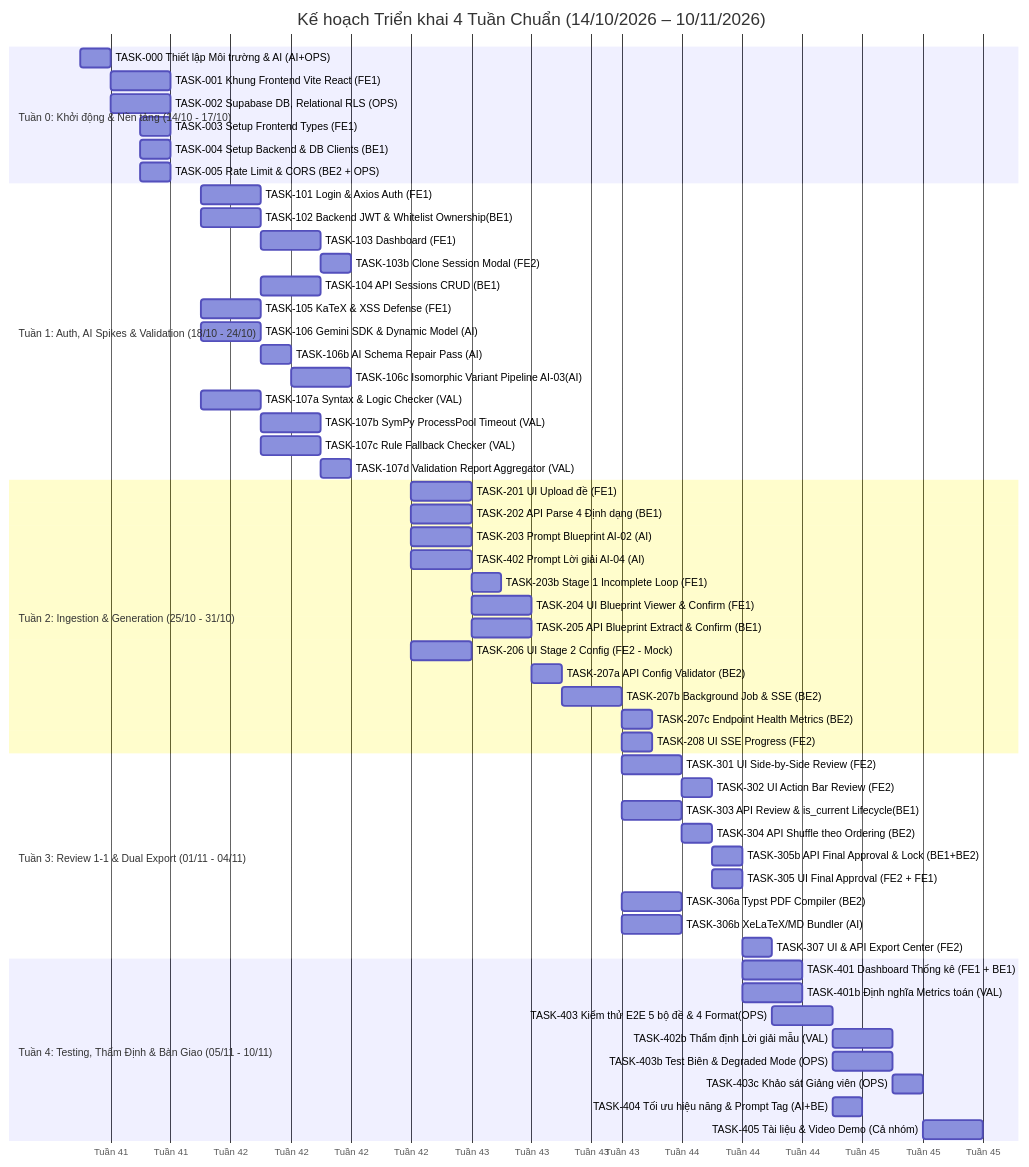
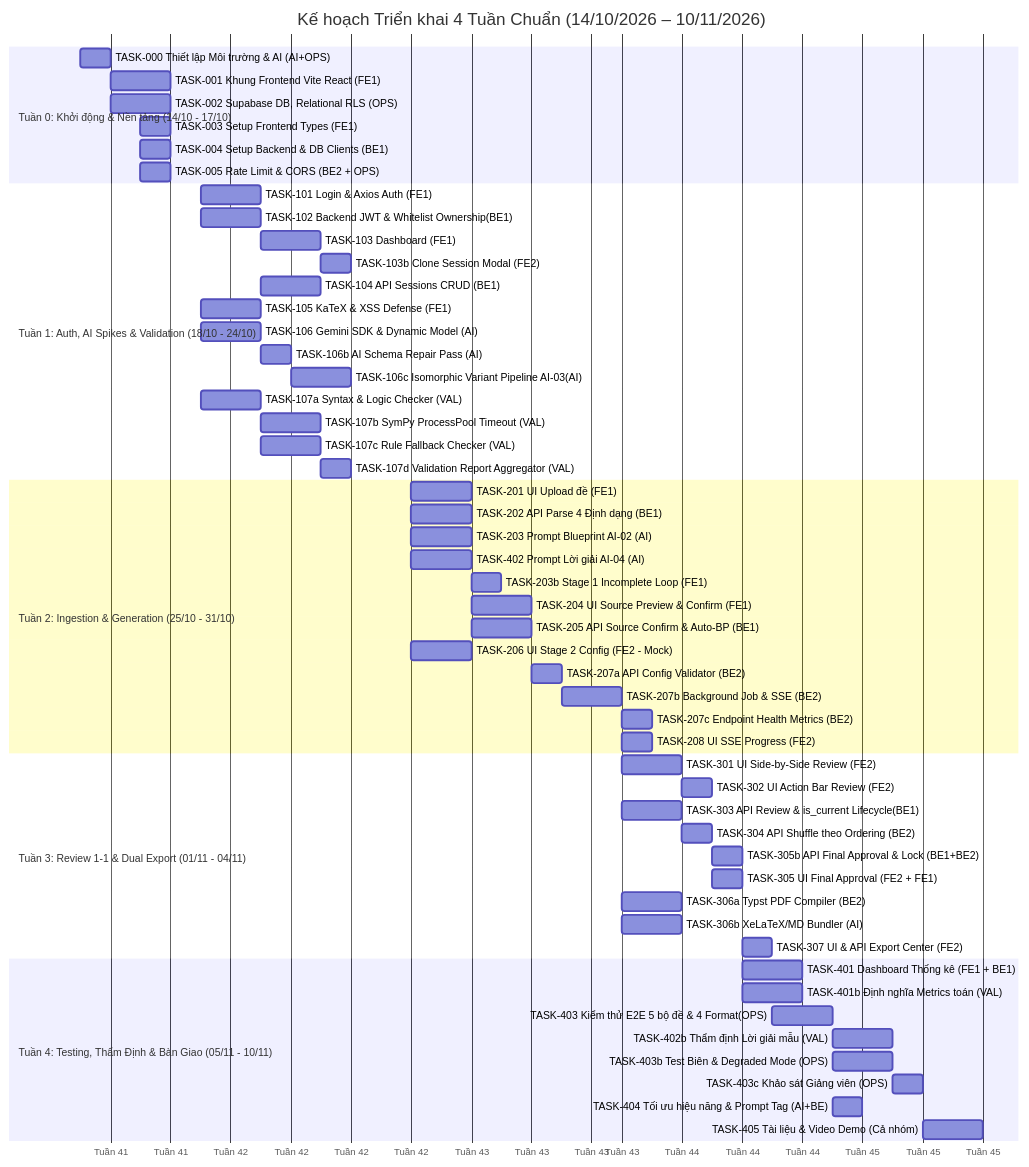
The diagram in docs/planning.md (Computational-Thinking-Project/isomorphic-exam-synthesizer), drawn with Mermaid before and after one commit. The commit also changed other lines of this file and 4 other files, not shown here.

Commit message:
docs: streamline stage 1 with black-box auto-blueprint and source preview

````diff
--- a/docs/planning.md
+++ b/docs/planning.md
@@ -1372,64 +1368,64 @@
 ```mermaid
 gantt
     title Kế hoạch Triển khai 4 Tuần Chuẩn (14/10/2026 – 10/11/2026)
     dateFormat  YYYY-MM-DD
     axisFormat  Tuần %W
 
     section Tuần 0: Khởi động & Nền tảng (14/10 - 17/10)
     TASK-000 Thiết lập Môi trường & AI (AI+OPS)  :t000, 2026-10-14, 1d
     TASK-001 Khung Frontend Vite React (FE1)     :t001, 2026-10-15, 2d
     TASK-002 Supabase DB, Relational RLS (OPS)   :t002, 2026-10-15, 2d
     TASK-003 Setup Frontend Types (FE1)          :t003, 2026-10-16, 1d
     TASK-004 Setup Backend & DB Clients (BE1)    :t004, 2026-10-16, 1d
     TASK-005 Rate Limit & CORS (BE2 + OPS)       :t005, 2026-10-16, 1d
 
     section Tuần 1: Auth, AI Spikes & Validation (18/10 - 24/10)
     TASK-101 Login & Axios Auth (FE1)            :t101, 2026-10-18, 2d
     TASK-102 Backend JWT & Whitelist Ownership(BE1):t102, 2026-10-18, 2d
     TASK-103 Dashboard (FE1)                     :t103, after t101, 2d
     TASK-103b Clone Session Modal (FE2)          :t103b, after t103, 1d
     TASK-104 API Sessions CRUD (BE1)             :t104, after t102, 2d
     TASK-105 KaTeX & XSS Defense (FE1)           :t105, 2026-10-18, 2d
     TASK-106 Gemini SDK & Dynamic Model (AI)     :t106, 2026-10-18, 2d
     TASK-106b AI Schema Repair Pass (AI)         :t106b, after t106, 1d
     TASK-106c Isomorphic Variant Pipeline AI-03(AI):t106c, after t106b, 2d
     TASK-107a Syntax & Logic Checker (VAL)       :t107a, 2026-10-18, 2d
     TASK-107b SymPy ProcessPool Timeout (VAL)    :t107b, after t107a, 2d
     TASK-107c Rule Fallback Checker (VAL)        :t107c, after t107a, 2d
     TASK-107d Validation Report Aggregator (VAL) :t107d, after t107b t107c, 1d
 
     section Tuần 2: Ingestion & Generation (25/10 - 31/10)
     TASK-201 UI Upload đề (FE1)                  :t201, 2026-10-25, 2d
     TASK-202 API Parse 4 Định dạng (BE1)         :t202, 2026-10-25, 2d
     TASK-203 Prompt Blueprint AI-02 (AI)         :t203, 2026-10-25, 2d
     TASK-402 Prompt Lời giải AI-04 (AI)          :t402, 2026-10-25, 2d
     TASK-203b Stage 1 Incomplete Loop (FE1)      :t203b, after t201 t202, 1d
-    TASK-204 UI Blueprint Viewer & Confirm (FE1) :t204, after t201 t203, 2d
-    TASK-205 API Blueprint Extract & Confirm (BE1):t205, after t202 t203, 2d
+    TASK-204 UI Source Preview & Confirm (FE1)   :t204, after t201 t203, 2d
+    TASK-205 API Source Confirm & Auto-BP (BE1)  :t205, after t202 t203, 2d
     TASK-206 UI Stage 2 Config (FE2 - Mock)      :t206, 2026-10-25, 2d
     TASK-207a API Config Validator (BE2)         :t207a, after t205, 1d
     TASK-207b Background Job & SSE (BE2)         :t207b, after t106c t107d t207a t402, 2d
     TASK-207c Endpoint Health Metrics (BE2)      :t207c, after t207b, 1d
     TASK-208 UI SSE Progress (FE2)               :t208, after t206 t207b, 1d
 
     section Tuần 3: Review 1-1 & Dual Export (01/11 - 04/11)
     TASK-301 UI Side-by-Side Review (FE2)        :t301, 2026-11-01, 2d
     TASK-302 UI Action Bar Review (FE2)          :t302, after t301, 1d
     TASK-303 API Review & is_current Lifecycle(BE1):t303, 2026-11-01, 2d
     TASK-304 API Shuffle theo Ordering (BE2)     :t304, after t303, 1d
     TASK-305b API Final Approval & Lock (BE1+BE2):t305b, after t304, 1d
     TASK-305 UI Final Approval (FE2 + FE1)       :t305, after t302 t304, 1d
     TASK-306a Typst PDF Compiler (BE2)           :t306a, 2026-11-01, 2d
     TASK-306b XeLaTeX/MD Bundler (AI)            :t306b, 2026-11-01, 2d
     TASK-307 UI & API Export Center (FE2)        :t307, after t305 t305b t306a t306b, 1d
 
     section Tuần 4: Testing, Thẩm Định & Bàn Giao (05/11 - 10/11)
     TASK-401 Dashboard Thống kê (FE1 + BE1)      :t401, 2026-11-05, 2d
     TASK-401b Định nghĩa Metrics toán (VAL)      :t401b, 2026-11-05, 2d
     TASK-403 Kiểm thử E2E 5 bộ đề & 4 Format(OPS):t403, after t307, 2d
     TASK-402b Thẩm định Lời giải mẫu (VAL)       :t402b, after t403, 2d
     TASK-403b Test Biên & Degraded Mode (OPS)    :t403b, after t403, 2d
     TASK-403c Khảo sát Giảng viên (OPS)          :t403c, after t403b, 1d
     TASK-404 Tối ưu hiệu năng & Prompt Tag (AI+BE):t404, after t403, 1d
     TASK-405 Tài liệu & Video Demo (Cả nhóm)     :t405, after t402b t403c t404, 2d
 ```
````
